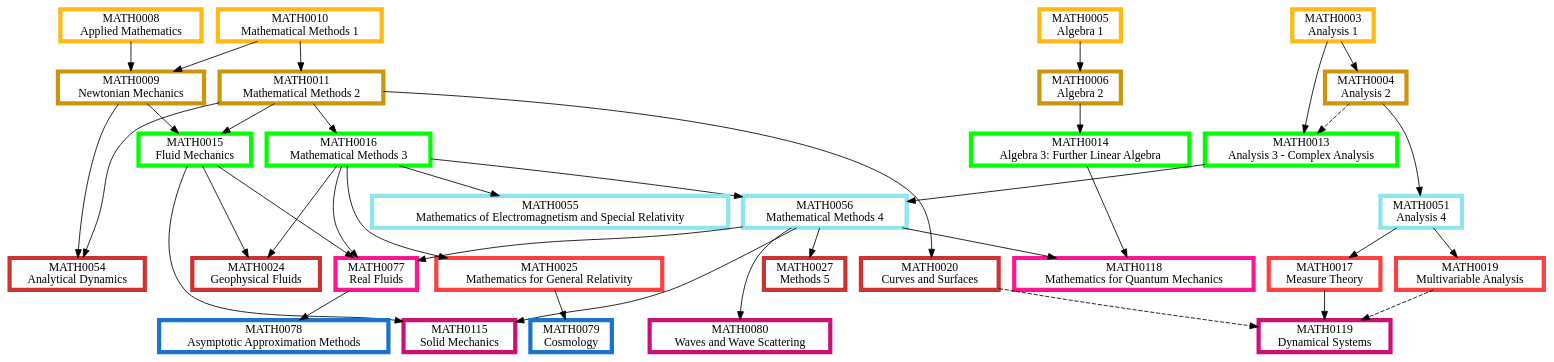
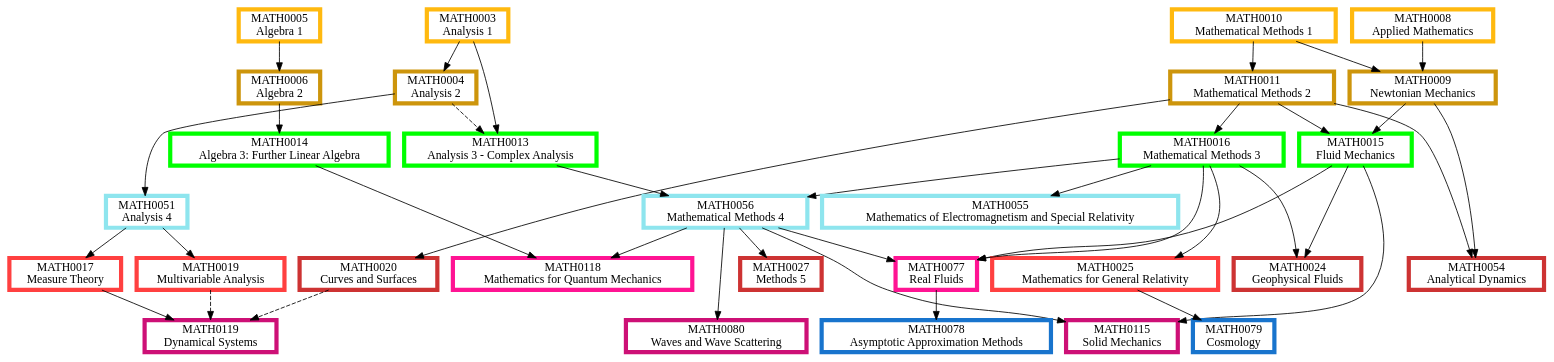
One commit to matthew-towers/pathways changed the diagram in Applied Mathematics.dot. Above: the diagram before and after it, drawn with Graphviz. The commit also changed 12 other files, not shown here.

```diff
--- a/Applied Mathematics.dot
+++ b/Applied Mathematics.dot
@@ -1,125 +1,125 @@
 digraph {
 	node [fillcolor=white penwidth=5 shape=box style="filled,bold"]
 	subgraph "1.0 1" {
 		rank=same
+		MATH0005 [label="MATH0005
+Algebra 1" color=darkgoldenrod1 href="https://www.ucl.ac.uk/mathematical-physical-sciences/sites/mathematical_physical_sciences/files/2025-09/math0005 syllabus.pdf" tooltip="Year 1, term 1"]
 		MATH0010 [label="MATH0010
 Mathematical Methods 1" color=darkgoldenrod1 href="https://www.ucl.ac.uk/mathematical-physical-sciences/sites/mathematical_physical_sciences/files/math0010.pdf" tooltip="Year 1, term 1"]
 		MATH0003 [label="MATH0003
 Analysis 1" color=darkgoldenrod1 href="https://www.ucl.ac.uk/mathematical-physical-sciences/sites/mathematical_physical_sciences/files/2025-09/math0003.pdf" tooltip="Year 1, term 1"]
-		MATH0005 [label="MATH0005
-Algebra 1" color=darkgoldenrod1 href="https://www.ucl.ac.uk/mathematical-physical-sciences/sites/mathematical_physical_sciences/files/2025-09/math0005 syllabus.pdf" tooltip="Year 1, term 1"]
 		MATH0008 [label="MATH0008
 Applied Mathematics" color=darkgoldenrod1 href="https://www.ucl.ac.uk/mathematical-physical-sciences/sites/mathematical_physical_sciences/files/math0008.pdf" tooltip="Year 1, term 1"]
 	}
+	MATH0005 -> MATH0006 [tooltip="required prerequisite"]
+	MATH0010 -> MATH0011 [tooltip="required prerequisite"]
 	MATH0008 -> MATH0009 [tooltip="required prerequisite"]
 	MATH0010 -> MATH0009 [tooltip="required prerequisite"]
-	MATH0005 -> MATH0006 [tooltip="required prerequisite"]
-	MATH0010 -> MATH0011 [tooltip="required prerequisite"]
 	MATH0003 -> MATH0004 [tooltip="required prerequisite"]
 	subgraph "1.0 2" {
 		rank=same
-		MATH0009 [label="MATH0009
-Newtonian Mechanics" color=darkgoldenrod3 href="https://www.ucl.ac.uk/mathematical-physical-sciences/sites/mathematical_physical_sciences/files/math0009.pdf" tooltip="Year 1, term 2"]
 		MATH0006 [label="MATH0006
 Algebra 2" color=darkgoldenrod3 href="https://www.ucl.ac.uk/mathematical-physical-sciences/sites/mathematical_physical_sciences/files/math0006.pdf" tooltip="Year 1, term 2"]
 		MATH0011 [label="MATH0011
-Mathematical Methods 2" color=darkgoldenrod3 href="https://www.ucl.ac.uk/mathematical-physical-sciences/sites/mathematical_physical_sciences/files/math0011_3.pdf" tooltip="Year 1, term 2"]
+Mathematical Methods 2" color=darkgoldenrod3 href="https://www.ucl.ac.uk/mathematical-physical-sciences/sites/mathematical_physical_sciences/files/math0011.pdf" tooltip="Year 1, term 2"]
+		MATH0009 [label="MATH0009
+Newtonian Mechanics" color=darkgoldenrod3 href="https://www.ucl.ac.uk/mathematical-physical-sciences/sites/mathematical_physical_sciences/files/math0009.pdf" tooltip="Year 1, term 2"]
 		MATH0004 [label="MATH0004
 Analysis 2" color=darkgoldenrod3 href="https://www.ucl.ac.uk/mathematical-physical-sciences/sites/mathematical_physical_sciences/files/math0004.pdf" tooltip="Year 1, term 2"]
 	}
+	MATH0011 -> MATH0015 [tooltip="required prerequisite"]
+	MATH0009 -> MATH0015 [tooltip="required prerequisite"]
 	MATH0006 -> MATH0014 [tooltip="required prerequisite"]
 	MATH0011 -> MATH0016 [tooltip="required prerequisite"]
-	MATH0011 -> MATH0015 [tooltip="required prerequisite"]
-	MATH0009 -> MATH0015 [tooltip="required prerequisite"]
 	MATH0003 -> MATH0013 [tooltip="required prerequisite"]
 	MATH0004 -> MATH0013 [style=dashed tooltip="recommended prerequisite"]
 	subgraph "2.0 1" {
 		rank=same
+		MATH0015 [label="MATH0015
+Fluid Mechanics" color=green1 href="https://www.ucl.ac.uk/mathematical-physical-sciences/sites/mathematical_physical_sciences/files/2025-09/math0015.pdf" tooltip="Year 2, term 1"]
 		MATH0014 [label="MATH0014
 Algebra 3: Further Linear Algebra" color=green1 href="https://www.ucl.ac.uk/mathematical-physical-sciences/sites/mathematical_physical_sciences/files/2025-09/math0014_0.pdf" tooltip="Year 2, term 1"]
 		MATH0016 [label="MATH0016
 Mathematical Methods 3" color=green1 href="https://www.ucl.ac.uk/mathematical-physical-sciences/sites/mathematical_physical_sciences/files/2025-09/math0016_0.pdf" tooltip="Year 2, term 1"]
-		MATH0015 [label="MATH0015
-Fluid Mechanics" color=green1 href="https://www.ucl.ac.uk/mathematical-physical-sciences/sites/mathematical_physical_sciences/files/2025-09/math0015.pdf" tooltip="Year 2, term 1"]
 		MATH0013 [label="MATH0013
 Analysis 3 - Complex Analysis" color=green1 href="https://www.ucl.ac.uk/mathematical-physical-sciences/sites/mathematical_physical_sciences/files/2025-09/math0013_0.pdf" tooltip="Year 2, term 1"]
 	}
 	MATH0004 -> MATH0051 [tooltip="required prerequisite"]
 	MATH0013 -> MATH0056 [tooltip="required prerequisite"]
 	MATH0016 -> MATH0056 [tooltip="required prerequisite"]
 	MATH0016 -> MATH0055 [tooltip="required prerequisite"]
 	subgraph "2.5 2" {
 		rank=same
 		MATH0051 [label="MATH0051
 Analysis 4" color=cadetblue2 href="https://www.ucl.ac.uk/mathematical-physical-sciences/sites/mathematical_physical_sciences/files/math0051.pdf" tooltip="Year 2 or 3, term 2"]
 		MATH0056 [label="MATH0056
 Mathematical Methods 4" color=cadetblue2 href="https://www.ucl.ac.uk/mathematical-physical-sciences/sites/mathematical_physical_sciences/files/math0056.pdf" tooltip="Year 2 or 3, term 2"]
 		MATH0055 [label="MATH0055
 Mathematics of Electromagnetism and Special Relativity" color=cadetblue2 href="https://www.ucl.ac.uk/mathematical-physical-sciences/sites/mathematical_physical_sciences/files/math0055_3.pdf" tooltip="Year 2 or 3, term 2"]
 	}
+	MATH0051 -> MATH0019 [tooltip="required prerequisite"]
+	MATH0016 -> MATH0025 [tooltip="required prerequisite"]
 	MATH0051 -> MATH0017 [tooltip="required prerequisite"]
-	MATH0016 -> MATH0025 [tooltip="required prerequisite"]
-	MATH0051 -> MATH0019 [tooltip="required prerequisite"]
 	subgraph "3.0 1" {
 		rank=same
+		MATH0019 [label="MATH0019
+Multivariable Analysis" color=brown1 href="https://www.ucl.ac.uk/mathematical-physical-sciences/sites/mathematical_physical_sciences/files/math0019.pdf" tooltip="Year 3, term 1"]
+		MATH0025 [label="MATH0025
+Mathematics for General Relativity" color=brown1 href="https://www.ucl.ac.uk/mathematical-physical-sciences/sites/mathematical_physical_sciences/files/math0025.pdf" tooltip="Year 3, term 1"]
 		MATH0017 [label="MATH0017
 Measure Theory" color=brown1 href="https://www.ucl.ac.uk/mathematical-physical-sciences/sites/mathematical_physical_sciences/files/math0017.pdf" tooltip="Year 3, term 1"]
-		MATH0025 [label="MATH0025
-Mathematics for General Relativity" color=brown1 href="https://www.ucl.ac.uk/mathematical-physical-sciences/sites/mathematical_physical_sciences/files/math0025.pdf" tooltip="Year 3, term 1"]
-		MATH0019 [label="MATH0019
-Multivariable Analysis" color=brown1 href="https://www.ucl.ac.uk/mathematical-physical-sciences/sites/mathematical_physical_sciences/files/math0019.pdf" tooltip="Year 3, term 1"]
 	}
+	MATH0011 -> MATH0020 [tooltip="required prerequisite"]
 	MATH0011 -> MATH0054 [tooltip="required prerequisite"]
 	MATH0009 -> MATH0054 [tooltip="required prerequisite"]
-	MATH0056 -> MATH0027 [tooltip="required prerequisite"]
 	MATH0015 -> MATH0024 [tooltip="required prerequisite"]
 	MATH0016 -> MATH0024 [tooltip="required prerequisite"]
-	MATH0011 -> MATH0020 [tooltip="required prerequisite"]
+	MATH0056 -> MATH0027 [tooltip="required prerequisite"]
 	subgraph "3.0 2" {
 		rank=same
+		MATH0020 [label="MATH0020
+Curves and Surfaces" color=brown3 href="https://www.ucl.ac.uk/mathematical-physical-sciences/sites/mathematical_physical_sciences/files/math0020.pdf" tooltip="Year 3, term 2"]
 		MATH0054 [label="MATH0054
 Analytical Dynamics" color=brown3 href="https://www.ucl.ac.uk/mathematical-physical-sciences/sites/mathematical_physical_sciences/files/math0054.pdf" tooltip="Year 3, term 2"]
+		MATH0024 [label="MATH0024
+Geophysical Fluids" color=brown3 href="https://www.ucl.ac.uk/mathematical-physical-sciences/sites/mathematical_physical_sciences/files/math0024.pdf" tooltip="Year 3, term 2"]
 		MATH0027 [label="MATH0027
 Methods 5" color=brown3 href="https://www.ucl.ac.uk/mathematical-physical-sciences/sites/mathematical_physical_sciences/files/math0027.pdf" tooltip="Year 3, term 2"]
-		MATH0024 [label="MATH0024
-Geophysical Fluids" color=brown3 href="https://www.ucl.ac.uk/mathematical-physical-sciences/sites/mathematical_physical_sciences/files/math0024.pdf" tooltip="Year 3, term 2"]
-		MATH0020 [label="MATH0020
-Curves and Surfaces" color=brown3 href="https://www.ucl.ac.uk/mathematical-physical-sciences/sites/mathematical_physical_sciences/files/math0020.pdf" tooltip="Year 3, term 2"]
 	}
 	MATH0015 -> MATH0077 [tooltip="required prerequisite"]
 	MATH0016 -> MATH0077 [tooltip="required prerequisite"]
 	MATH0056 -> MATH0077 [tooltip="required prerequisite"]
 	MATH0056 -> MATH0118 [tooltip="required prerequisite"]
 	MATH0014 -> MATH0118 [tooltip="required prerequisite"]
 	subgraph "3.5 1" {
 		rank=same
 		MATH0077 [label="MATH0077
 Real Fluids" color=deeppink1 href="https://www.ucl.ac.uk/mathematical-physical-sciences/sites/mathematical_physical_sciences/files/math0077.pdf" tooltip="Year 3 or 4, term 1"]
 		MATH0118 [label="MATH0118
 Mathematics for Quantum Mechanics" color=deeppink1 href="https://www.ucl.ac.uk/mathematical-physical-sciences/sites/mathematical_physical_sciences/files/math0118.pdf" tooltip="Year 3 or 4, term 1"]
 	}
 	MATH0015 -> MATH0115 [tooltip="required prerequisite"]
 	MATH0056 -> MATH0115 [tooltip="required prerequisite"]
 	MATH0017 -> MATH0119 [tooltip="required prerequisite"]
 	MATH0019 -> MATH0119 [style=dashed tooltip="recommended prerequisite"]
 	MATH0020 -> MATH0119 [style=dashed tooltip="recommended prerequisite"]
 	MATH0056 -> MATH0080 [tooltip="required prerequisite"]
 	subgraph "3.5 2" {
 		rank=same
 		MATH0115 [label="MATH0115
 Solid Mechanics" color=deeppink3 href="https://www.ucl.ac.uk/mathematical-physical-sciences/sites/mathematical_physical_sciences/files/math0115_0.pdf" tooltip="Year 3 or 4, term 2"]
 		MATH0119 [label="MATH0119
 Dynamical Systems" color=deeppink3 href="https://www.ucl.ac.uk/mathematical-physical-sciences/sites/mathematical_physical_sciences/files/math0119.pdf" tooltip="Year 3 or 4, term 2"]
 		MATH0080 [label="MATH0080
 Waves and Wave Scattering" color=deeppink3 href="https://www.ucl.ac.uk/mathematical-physical-sciences/sites/mathematical_physical_sciences/files/math0080.pdf" tooltip="Year 3 or 4, term 2"]
 	}
 	MATH0025 -> MATH0079 [tooltip="required prerequisite"]
 	MATH0077 -> MATH0078 [tooltip="required prerequisite"]
 	subgraph "4.0 2" {
 		rank=same
 		MATH0079 [label="MATH0079
 Cosmology" color=dodgerblue3 href="https://www.ucl.ac.uk/mathematical-physical-sciences/sites/mathematical_physical_sciences/files/math0079.pdf" tooltip="Year 4, term 2"]
 		MATH0078 [label="MATH0078
 Asymptotic Approximation Methods" color=dodgerblue3 href="https://www.ucl.ac.uk/mathematical-physical-sciences/sites/mathematical_physical_sciences/files/math0078.pdf" tooltip="Year 4, term 2"]
 	}
 }
```
